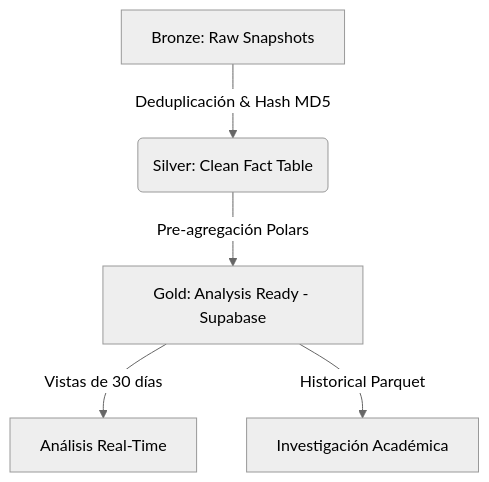
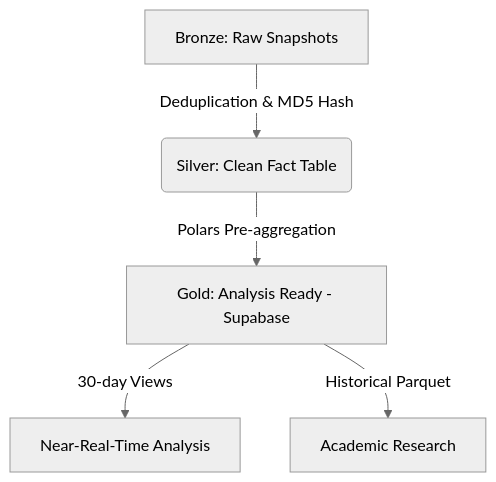
The diagram in docs/technical_chronicle.md (simonkey1/SEC), drawn with Mermaid (neutral theme) before and after one commit. The commit also changed other lines of this file and 17 other files, not shown here.

Commit message:
feat: Add core database implementation and extensive technical documentation covering project architecture, data processing, and research context.

````diff
--- a/docs/technical_chronicle.md
+++ b/docs/technical_chronicle.md
@@ -63,7 +63,7 @@
 ```mermaid
 graph TD
-    A[Bronze: Raw Snapshots] -->|Deduplicación & Hash MD5| B(Silver: Clean Fact Table)
-    B -->|Pre-agregación Polars| C[Gold: Analysis Ready - Supabase]
-    C -->|Vistas de 30 días| D[Análisis Real-Time]
-    C -->|Historical Parquet| E[Investigación Académica]
+    A[Bronze: Raw Snapshots] -->|Deduplication & MD5 Hash| B(Silver: Clean Fact Table)
+    B -->|Polars Pre-aggregation| C[Gold: Analysis Ready - Supabase]
+    C -->|30-day Views| D[Near-Real-Time Analysis]
+    C -->|Historical Parquet| E[Academic Research]
 ```
````
